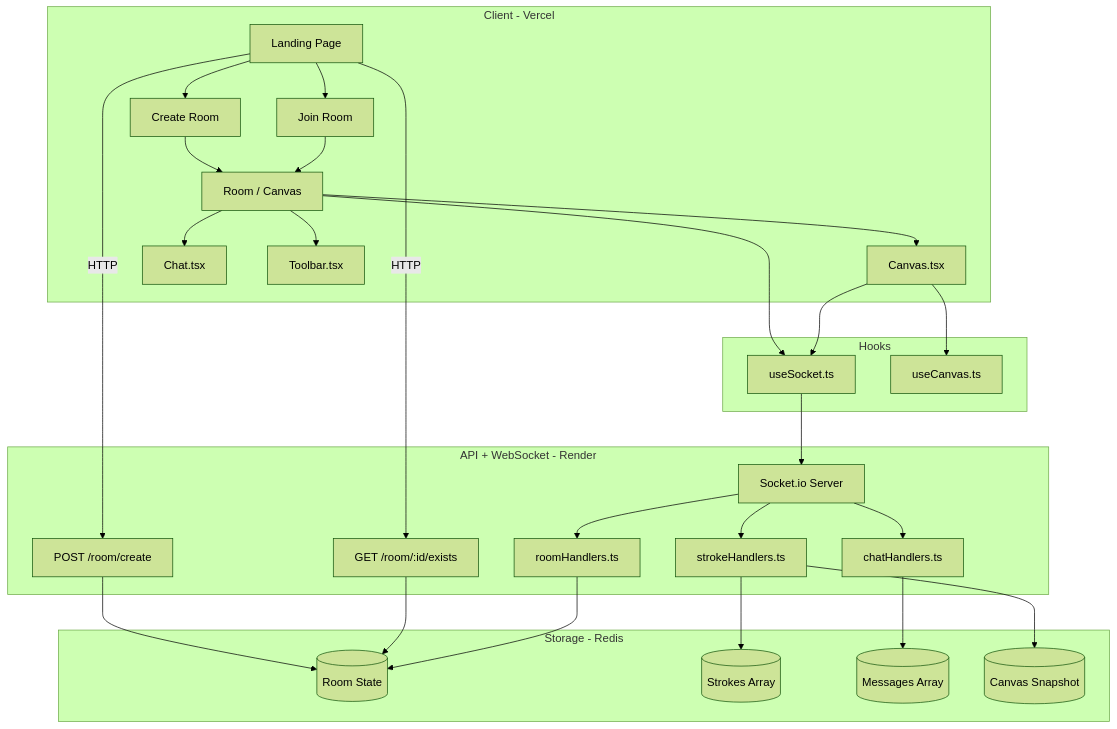
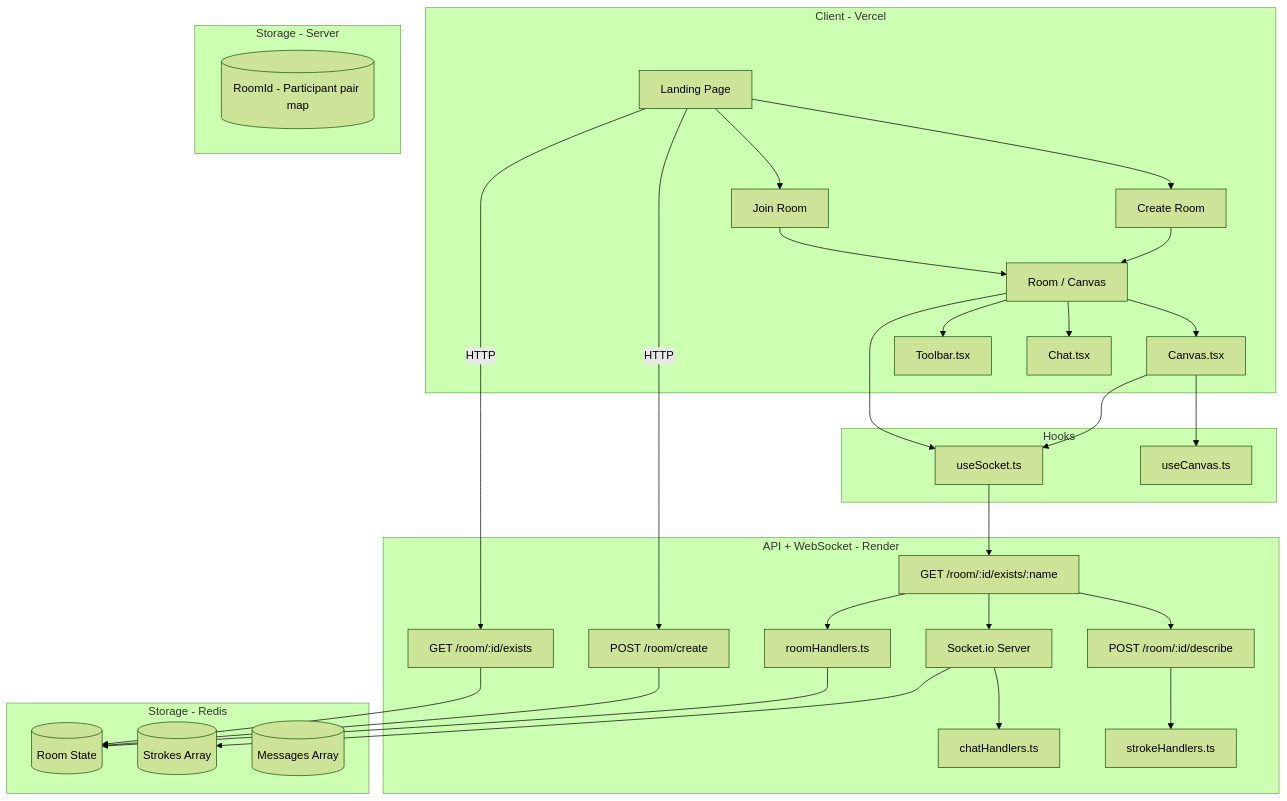
One commit to Sedow360/drawee changed the diagram in README.md. Above: the diagram before and after it, drawn with Mermaid (forest theme). The commit also changed other lines of this file and 8 other files, not shown here.

````diff
--- a/README.md
+++ b/README.md
@@ -100,43 +104,48 @@
 ```mermaid
 graph TB
     subgraph "Client - Vercel"
         A[Landing Page] --> B[Create Room]
         A --> C[Join Room]
         B --> D[Room / Canvas]
         C --> D
         D --> E[Canvas.tsx]
         D --> F[Chat.tsx]
         D --> G[Toolbar.tsx]
     end
 
     subgraph "Hooks"
         H[useSocket.ts]
         I[useCanvas.ts]
     end
 
     subgraph "API + WebSocket - Render"
         K[POST /room/create]
         L[GET /room/:id/exists]
-        M[Socket.io Server]
-        N[roomHandlers.ts]
-        O[strokeHandlers.ts]
-        P[chatHandlers.ts]
+        M[GET /room/:id/exists/:name]
+        N[POST /room/:id/describe]
+        O[Socket.io Server]
+        P[roomHandlers.ts]
+        Q[strokeHandlers.ts]
+        R[chatHandlers.ts]
     end
 
     subgraph "Storage - Redis"
-        Q[(Room State)]
-        R[(Strokes Array)]
-        S[(Messages Array)]
-        T[(Canvas Snapshot)]
+        S[(Room State)]
+        T[(Strokes Array)]
+        U[(Messages Array)]
+    end
+
+    subgraph "Storage - Server"
+        V[(RoomId - Participant pair map)]
     end
 
     D --> H --> M
     E --> I
     E --> H
-    A -->|HTTP| K --> Q
-    A -->|HTTP| L --> Q
+    A -->|HTTP| K --> S
+    A -->|HTTP| L --> S
     M --> N --> Q
     M --> O --> R
     M --> P --> S
     O --> T
 ```
````
